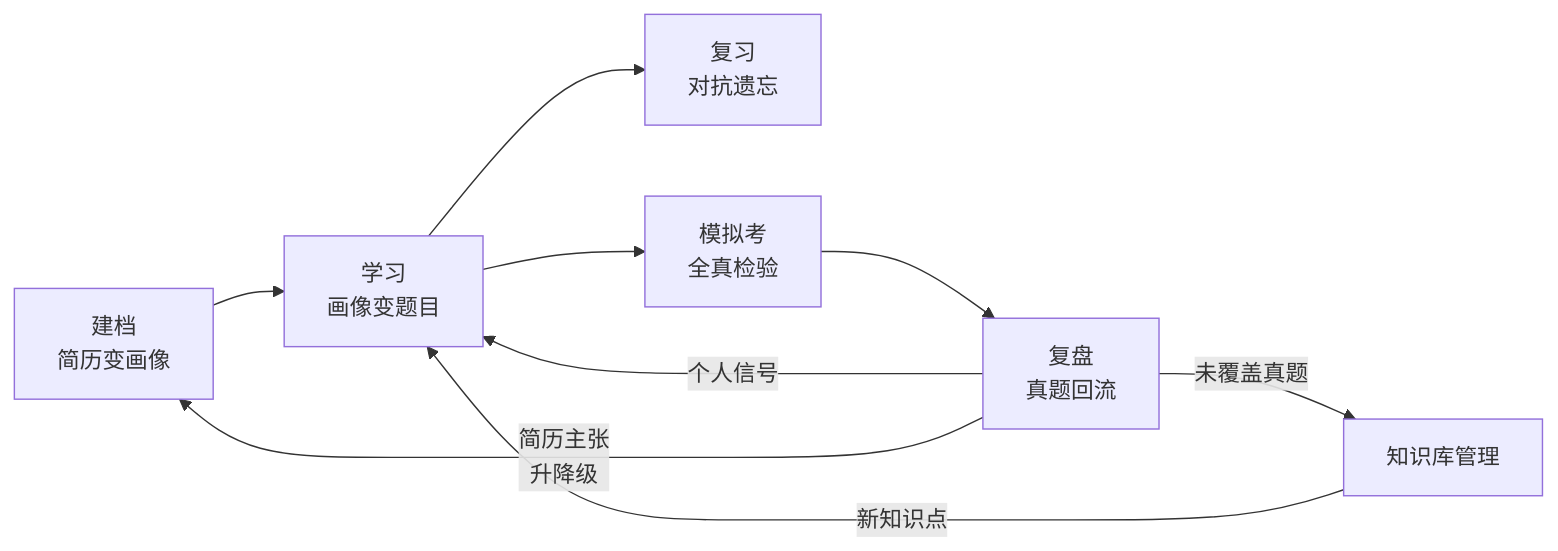
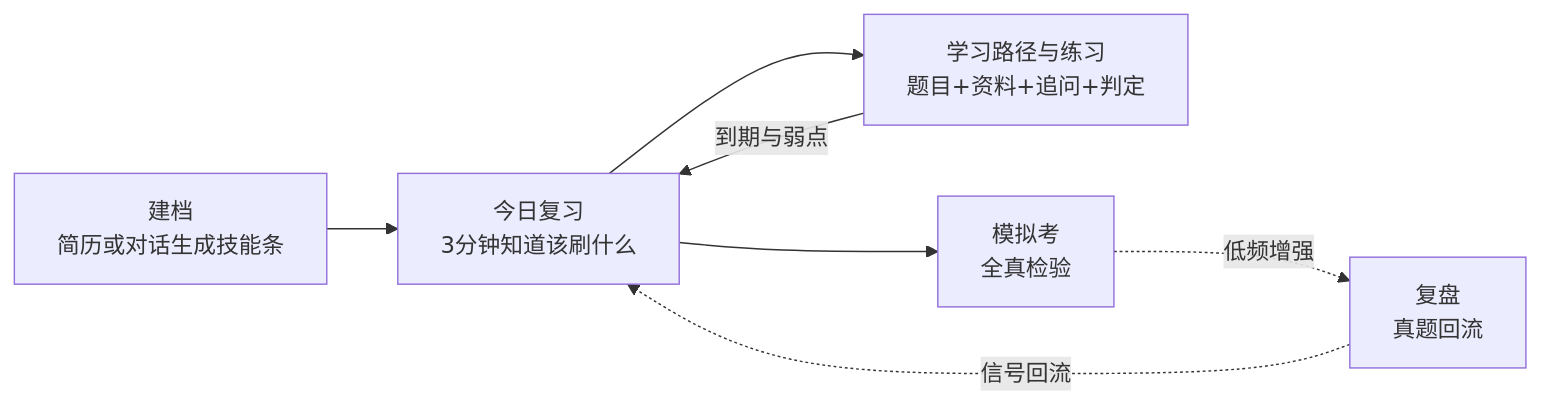
Before and after one commit to liuxi1211/zhiji: the first of 2 diagrams in docs/核心模块定义.md, drawn with Mermaid. The commit also changed other lines of this file and 111 other files, not shown here.

````diff
--- a/docs/核心模块定义.md
+++ b/docs/核心模块定义.md
@@ -23,11 +25,9 @@
 ```mermaid
 flowchart LR
-    A[建档<br>简历变画像] --> B[学习<br>画像变题目]
-    B --> C[复习<br>对抗遗忘]
+    A[建档<br>简历或对话生成技能条] --> B[今日复习<br>3分钟知道该刷什么]
+    B --> C[学习路径与练习<br>题目+资料+追问+判定]
     B --> D[模拟考<br>全真检验]
-    D --> E[复盘<br>真题回流]
-    E -->|个人信号| B
-    E -->|简历主张<br>升降级| A
-    E -->|未覆盖真题| F[知识库管理]
-    F -->|新知识点| B
+    C -->|到期与弱点| B
+    D -.低频增强.-> E[复盘<br>真题回流]
+    E -.信号回流.-> B
 ```
````
